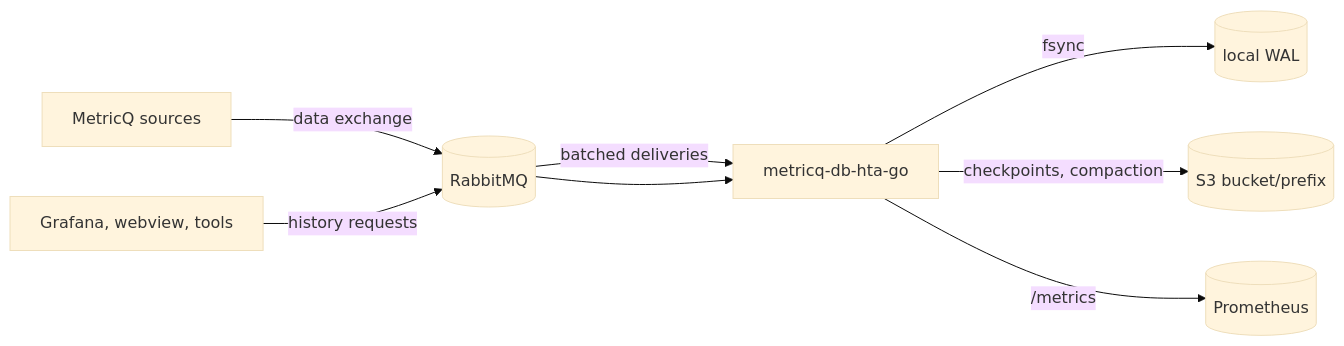
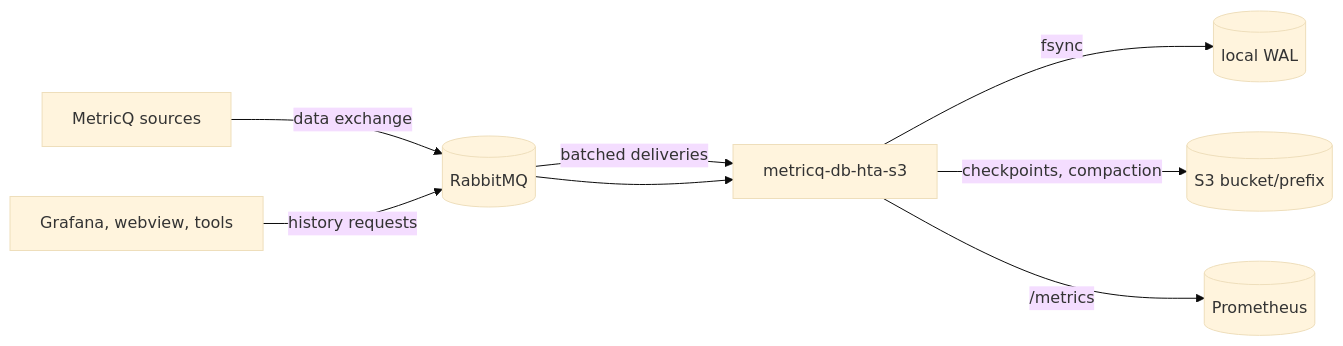
Before and after one commit to metricq/metricq-db-hta-s3: the diagram in docs/index.md, drawn with Mermaid (base theme). The commit also changed other lines of this file and 64 other files, not shown here.

First line of the commit message:
Rename the project to metricq-db-hta-s3

````diff
--- a/docs/index.md
+++ b/docs/index.md
@@ -11,10 +11,10 @@
 ```mermaid
 flowchart LR
   src[MetricQ sources] -->|data exchange| rmq[(RabbitMQ)]
-  rmq -->|batched deliveries| db[metricq-db-hta-go]
+  rmq -->|batched deliveries| db[metricq-db-hta-s3]
   db -->|fsync| wal[(local WAL)]
   db -->|checkpoints, compaction| s3[(S3 bucket/prefix)]
   clients[Grafana, webview, tools] -->|history requests| rmq
   rmq --> db
   db -->|/metrics| prom[(Prometheus)]
 ```
````
